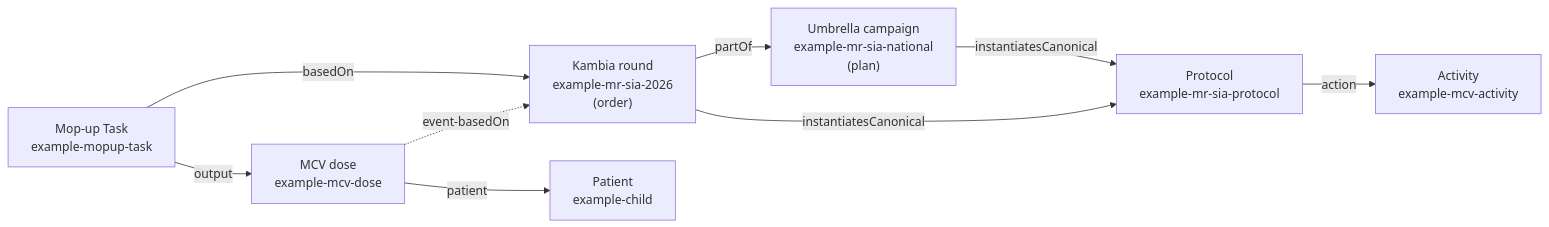
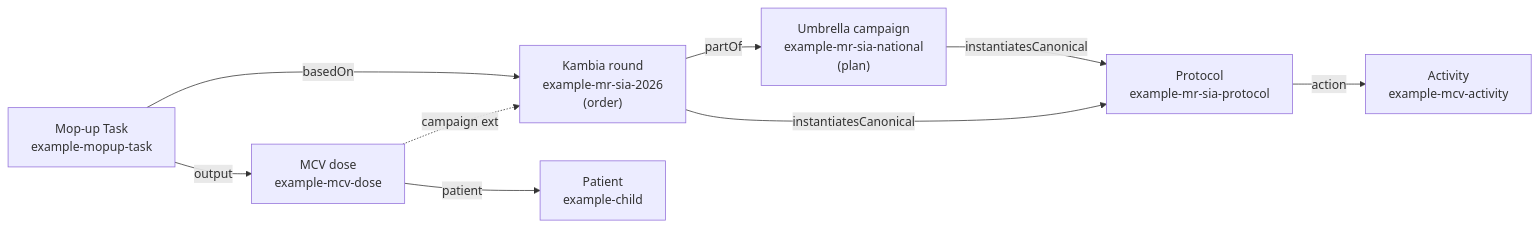
The fourth of 4 diagrams in project/ig-summary-v2.md (recodelabs/icr), drawn with Mermaid before and after one commit. The commit also changed other lines of this file, not shown here.

First line of the commit message:
ig-summary-v2: reflect protocol-eligibility (#44) and campaign-link (#45) rounds

````diff
--- a/project/ig-summary-v2.md
+++ b/project/ig-summary-v2.md
@@ -2312,18 +2321,18 @@
 ```mermaid
 graph LR
     P["Protocol<br/>example-mr-sia-protocol"]
     A["Activity<br/>example-mcv-activity"]
     U["Umbrella campaign<br/>example-mr-sia-national<br/>(plan)"]
     R["Kambia round<br/>example-mr-sia-2026<br/>(order)"]
     T["Mop-up Task<br/>example-mopup-task"]
     D["MCV dose<br/>example-mcv-dose"]
     C["Patient<br/>example-child"]
     P -- action --> A
     U -- instantiatesCanonical --> P
     R -- partOf --> U
     R -- instantiatesCanonical --> P
     T -- basedOn --> R
     T -- output --> D
-    D -. "event-basedOn" .-> R
+    D -. "campaign ext" .-> R
     D -- patient --> C
 ```
````
